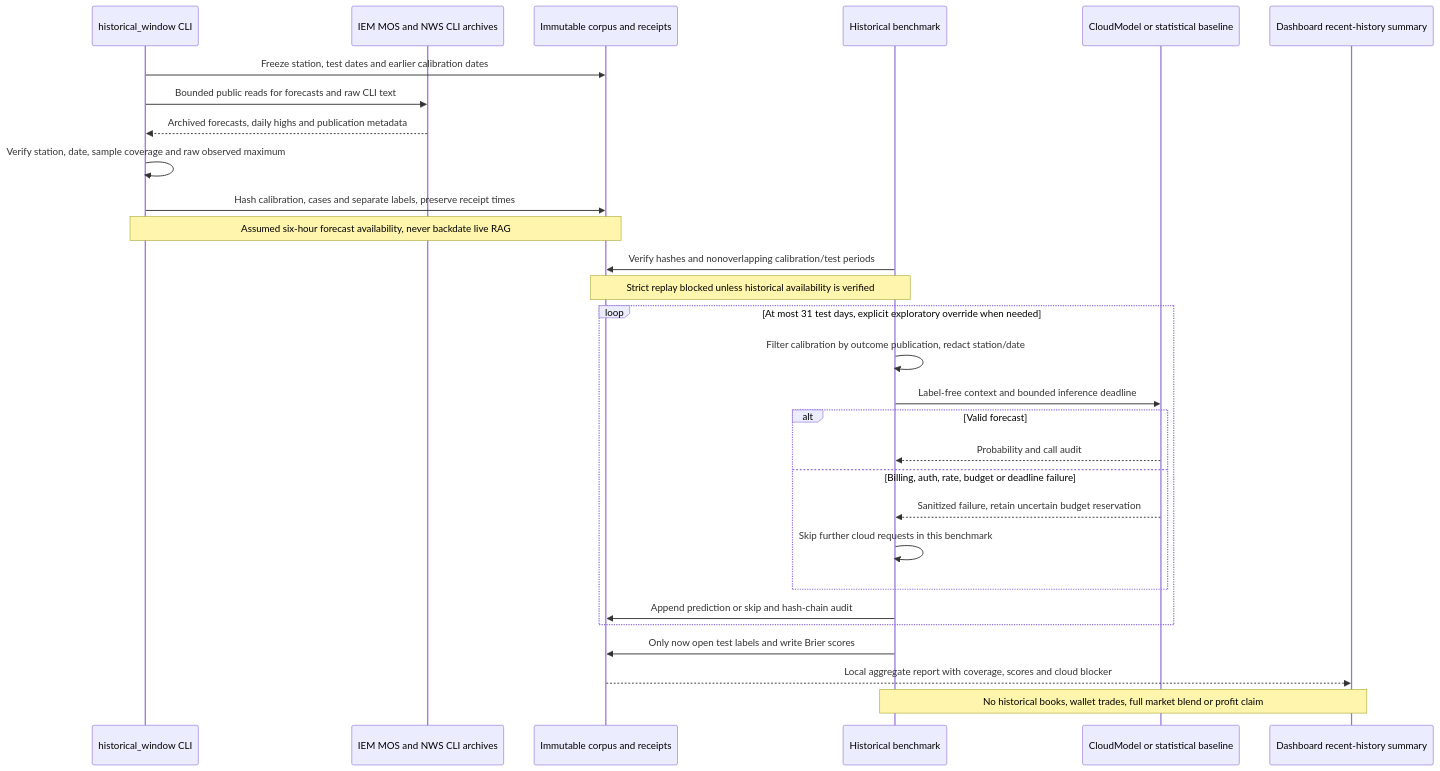
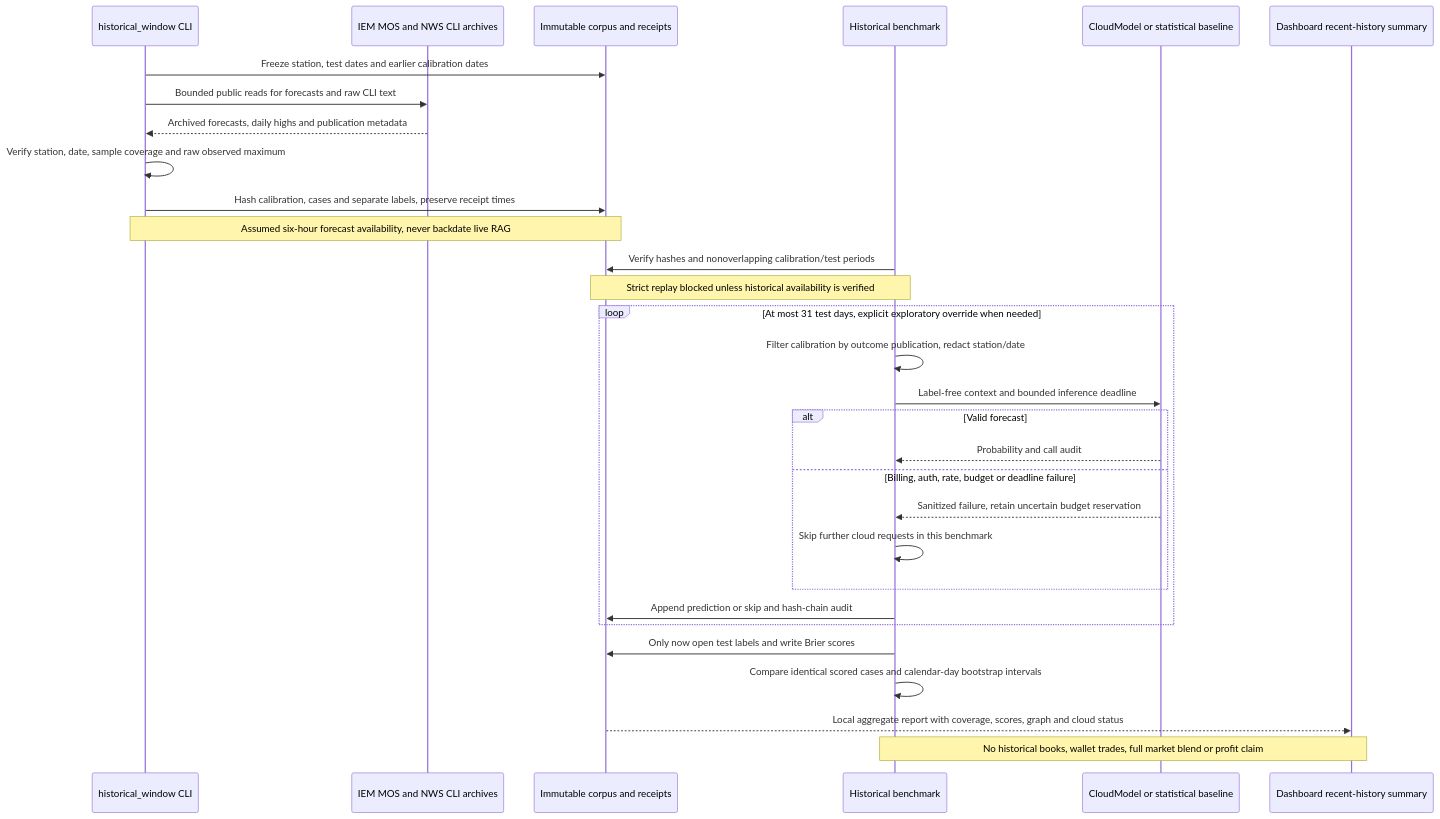
One commit to burdena0/weather-lab-polymarket-us changed the ninth of 10 diagrams in docs/ARCHITECTURE-UML.md. Above: the diagram before and after it, drawn with Mermaid. The commit also changed other lines of this file and 18 other files, not shown here.

Commit message:
Add paired historical accuracy chart and US market price archive

````diff
--- a/docs/ARCHITECTURE-UML.md
+++ b/docs/ARCHITECTURE-UML.md
@@ -414,31 +414,32 @@
 ```mermaid
 sequenceDiagram
     participant C as historical_window CLI
     participant I as IEM MOS and NWS CLI archives
     participant F as Immutable corpus and receipts
     participant B as Historical benchmark
     participant M as CloudModel or statistical baseline
     participant D as Dashboard recent-history summary
     C->>F: Freeze station, test dates and earlier calibration dates
     C->>I: Bounded public reads for forecasts and raw CLI text
     I-->>C: Archived forecasts, daily highs and publication metadata
     C->>C: Verify station, date, sample coverage and raw observed maximum
     C->>F: Hash calibration, cases and separate labels, preserve receipt times
     Note over C,F: Assumed six-hour forecast availability, never backdate live RAG
     B->>F: Verify hashes and nonoverlapping calibration/test periods
     Note over F,B: Strict replay blocked unless historical availability is verified
     loop At most 31 test days, explicit exploratory override when needed
         B->>B: Filter calibration by outcome publication, redact station/date
         B->>M: Label-free context and bounded inference deadline
         alt Valid forecast
             M-->>B: Probability and call audit
         else Billing, auth, rate, budget or deadline failure
             M-->>B: Sanitized failure, retain uncertain budget reservation
             B->>B: Skip further cloud requests in this benchmark
         end
         B->>F: Append prediction or skip and hash-chain audit
     end
     B->>F: Only now open test labels and write Brier scores
-    F-->>D: Local aggregate report with coverage, scores and cloud blocker
+    B->>B: Compare identical scored cases and calendar-day bootstrap intervals
+    F-->>D: Local aggregate report with coverage, scores, graph and cloud status
     Note over B,D: No historical books, wallet trades, full market blend or profit claim
 ```
````
